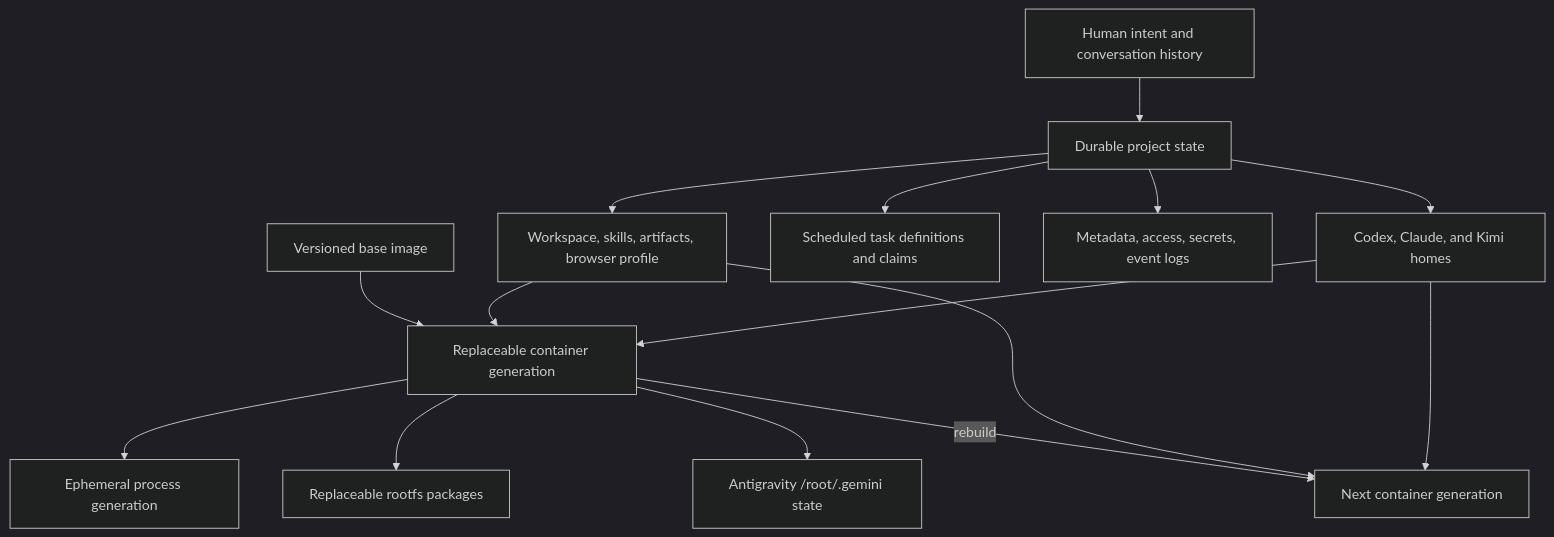
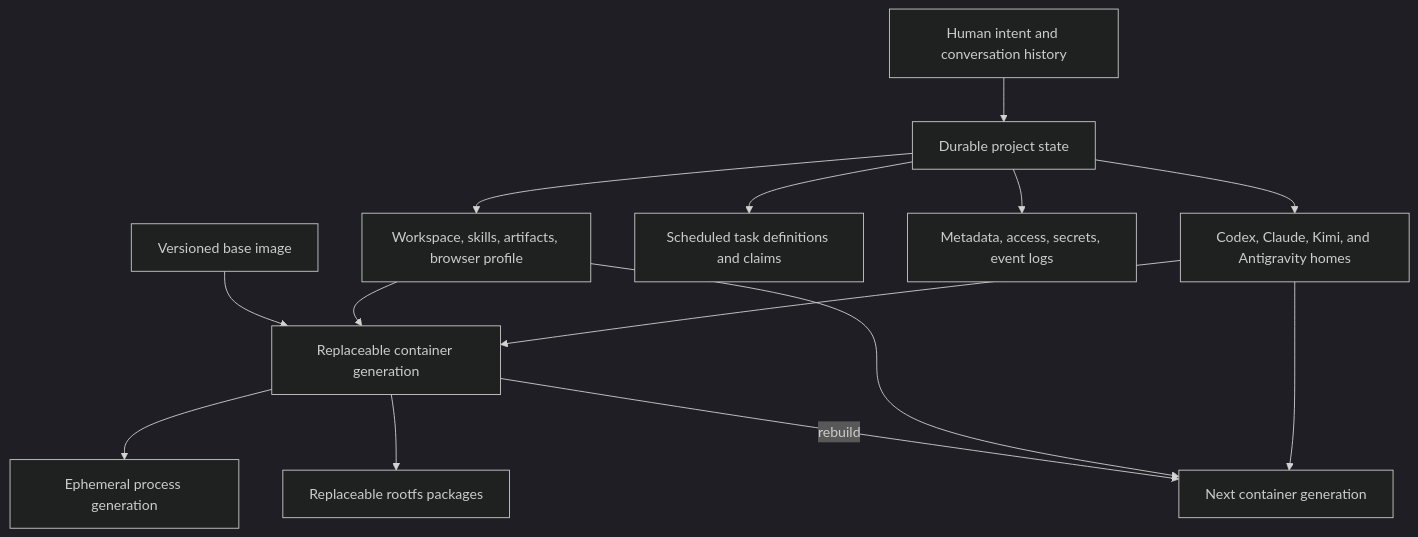
Before and after one commit to AbdallahMohamedDotnet/remote.futrx: the seventh of 8 diagrams in docs/01-overview/00-philosophy.md, drawn with Mermaid (dark theme). The commit also changed other lines of this file and 27 other files, not shown here.

````diff
--- a/docs/01-overview/00-philosophy.md
+++ b/docs/01-overview/00-philosophy.md
@@ -322,19 +328,18 @@
 ```mermaid
 flowchart TB
     Intent["Human intent and conversation history"] --> ProjectState["Durable project state"]
     ProjectState --> Workspace["Workspace, skills, artifacts, browser profile"]
-    ProjectState --> AgentHomes["Codex, Claude, and Kimi homes"]
+    ProjectState --> AgentHomes["Codex, Claude, Kimi, and Antigravity homes"]
     ProjectState --> Scheduled["Scheduled task definitions and claims"]
     ProjectState --> Metadata["Metadata, access, secrets, event logs"]
 
     Base["Versioned base image"] --> Runtime["Replaceable container generation"]
     Workspace --> Runtime
     AgentHomes --> Runtime
     Runtime --> Processes["Ephemeral process generation"]
     Runtime --> Packages["Replaceable rootfs packages"]
-    Runtime --> AntigravityState["Antigravity /root/.gemini state"]
 
     Runtime -->|"rebuild"| NextRuntime["Next container generation"]
     Workspace --> NextRuntime
     AgentHomes --> NextRuntime
 ```
````
